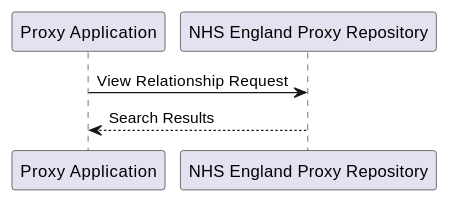
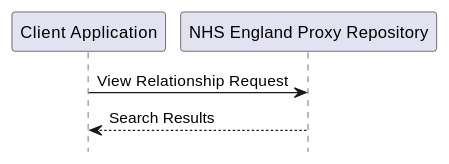
Before and after one commit to NHSDigital/IOPS-FHIR-Simplifier-Backup: the diagram in NHSEnglandProgrammeImplementationGuides/backup/guides/National-Proxy-Service/Home/Design/Scenario-View-a-Relationship/Index.page.md, drawn with PlantUML. The commit also changed other lines of this file and 67 other files, not shown here.

```diff
--- a/NHSEnglandProgrammeImplementationGuides/backup/guides/National-Proxy-Service/Home/Design/Scenario-View-a-Relationship/Index.page.md
+++ b/NHSEnglandProgrammeImplementationGuides/backup/guides/National-Proxy-Service/Home/Design/Scenario-View-a-Relationship/Index.page.md
@@ -15,10 +19,12 @@
 @startuml
 
-participant proxy as "Proxy Application"
+hide footbox
+
+participant proxy as "Client Application"
 
 participant repository as "NHS England Proxy Repository"
 
 proxy -> repository: View Relationship Request
 repository --> proxy: Search Results
 
 @enduml
```
